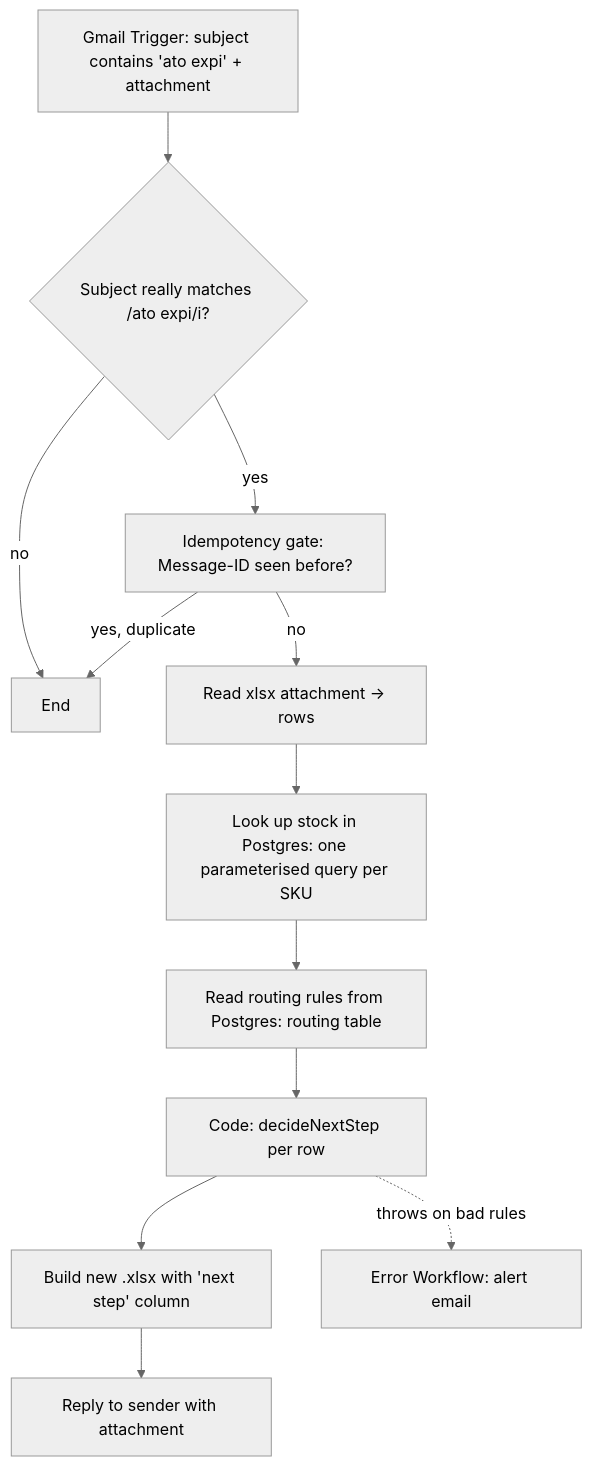
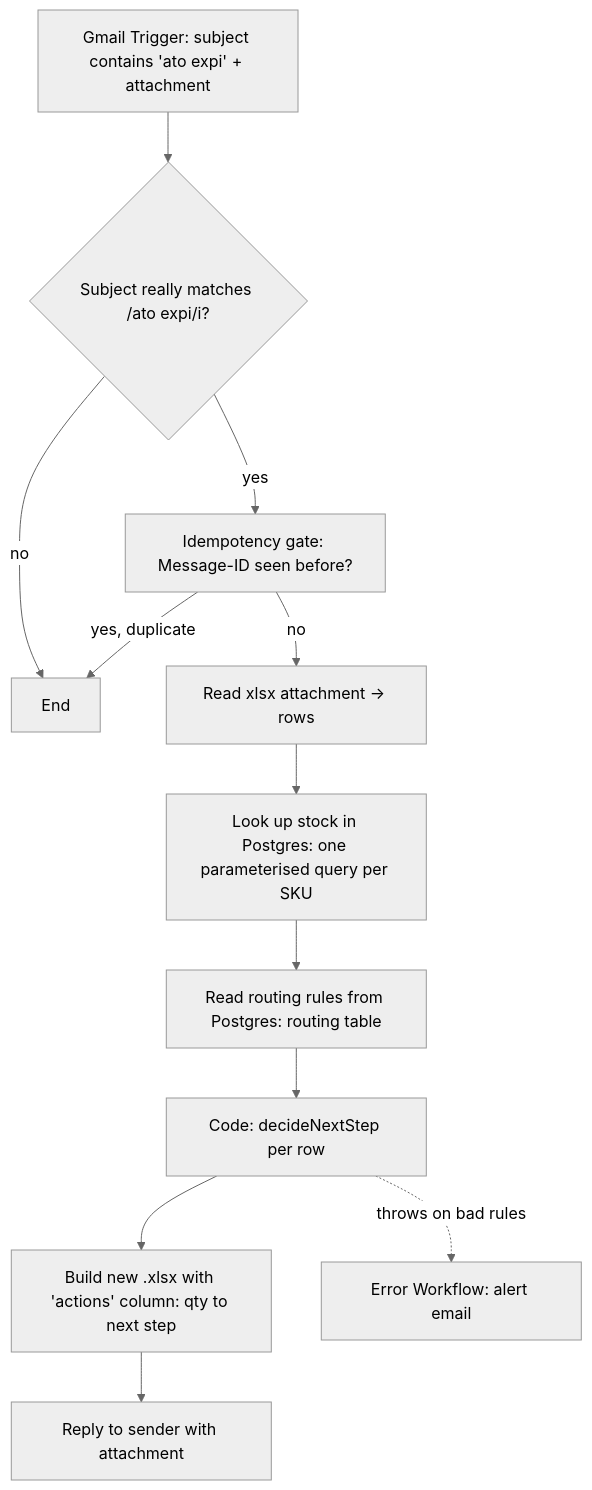
Before and after one commit to Luke-AI-Developments/ato-expi-report: the diagram in README.md, drawn with Mermaid (neutral theme). The commit also changed other lines of this file and 7 other files, not shown here.

First line of the commit message:
feat: actions column ("<qty> to <step>"); drop rows covered by finished stock

````diff
--- a/README.md
+++ b/README.md
@@ -27,14 +30,14 @@
 ```mermaid
 flowchart TD
     A[Gmail Trigger: subject contains 'ato expi' + attachment] --> B{Subject really matches /ato expi/i?}
     B -- no --> Z[End]
     B -- yes --> C[Idempotency gate: Message-ID seen before?]
     C -- yes, duplicate --> Z
     C -- no --> D[Read xlsx attachment -> rows]
     D --> E[Look up stock in Postgres: one parameterised query per SKU]
     E --> F[Read routing rules from Postgres: routing table]
     F --> G[Code: decideNextStep per row]
-    G --> H[Build new .xlsx with 'next step' column]
+    G --> H[Build new .xlsx with 'actions' column: qty to next step]
     H --> I[Reply to sender with attachment]
     G -. throws on bad rules .-> X[Error Workflow: alert email]
 ```
````
